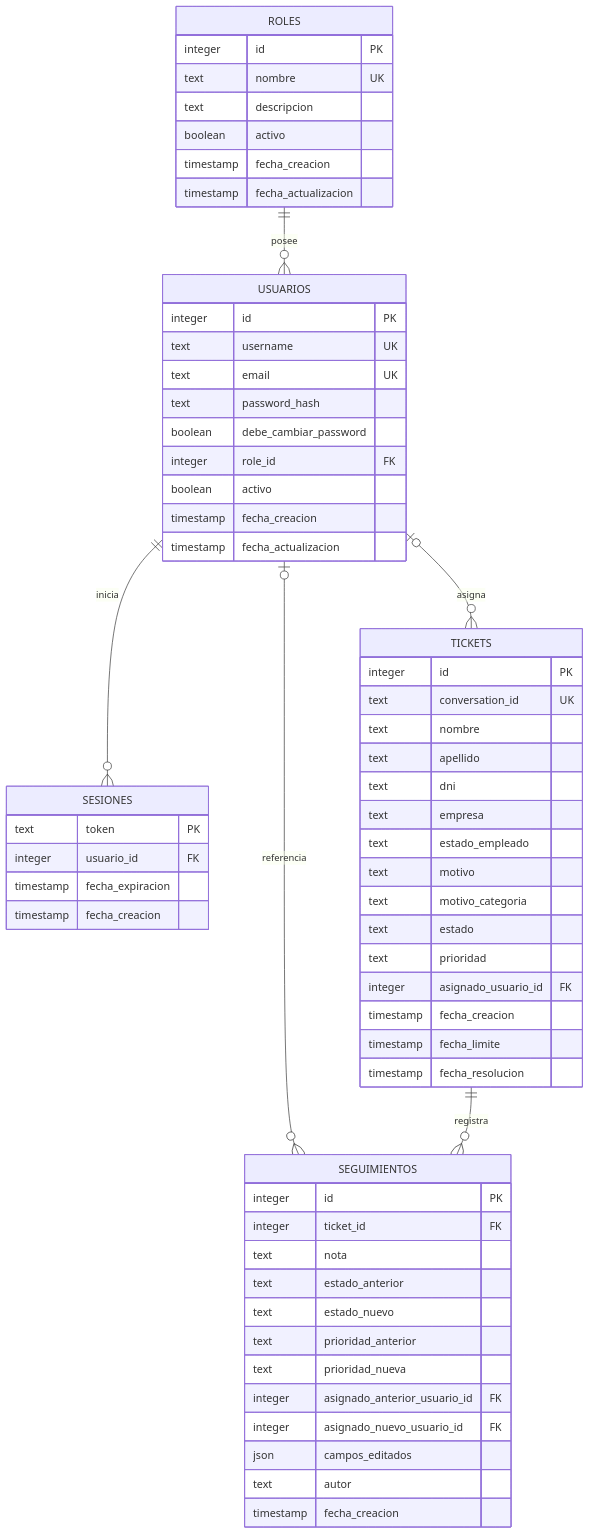
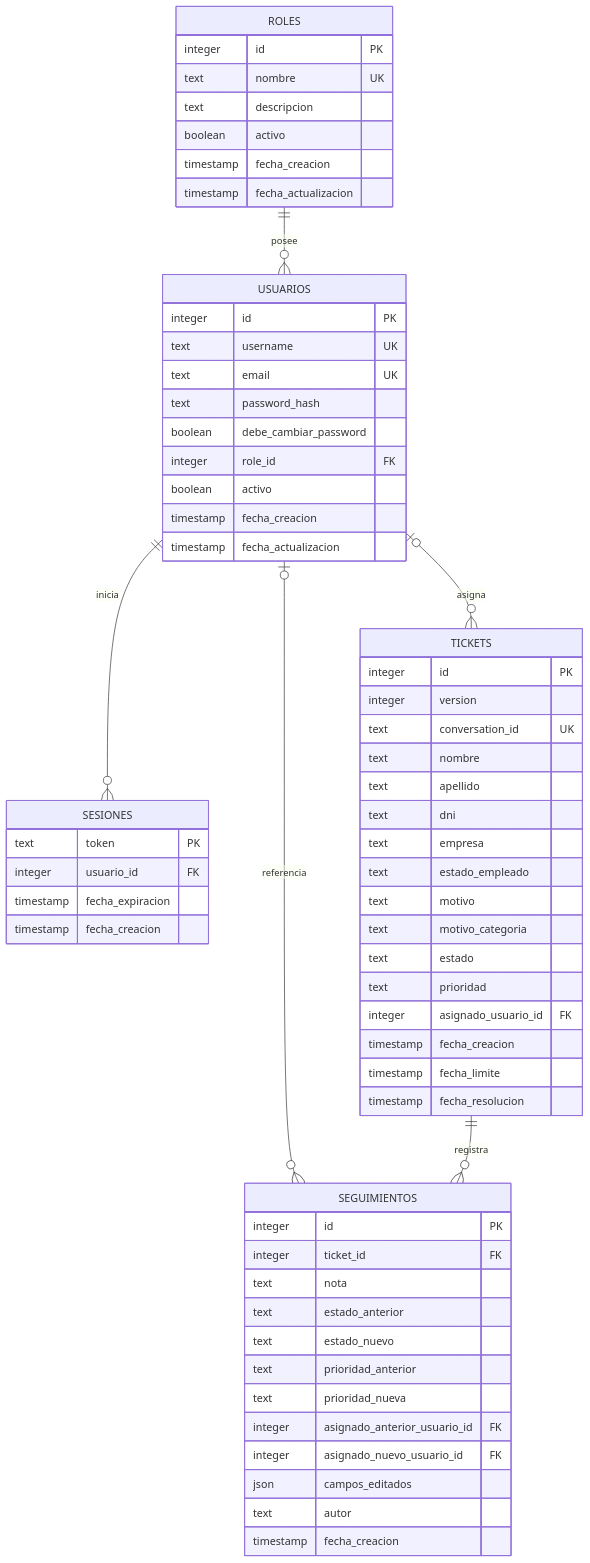
One commit to marianoLaclau/ticketsAdmin changed the sixth of 10 diagrams in docs/ARQUITECTURA.MD. Above: the diagram before and after it, drawn with Mermaid. The commit also changed other lines of this file and 18 other files, not shown here.

````diff
--- a/docs/ARQUITECTURA.MD
+++ b/docs/ARQUITECTURA.MD
@@ -204,65 +204,66 @@
 ```mermaid
 erDiagram
     ROLES ||--o{ USUARIOS : posee
     USUARIOS ||--o{ SESIONES : inicia
     USUARIOS o|--o{ TICKETS : asigna
     USUARIOS o|--o{ SEGUIMIENTOS : referencia
     TICKETS ||--o{ SEGUIMIENTOS : registra
 
     ROLES {
         integer id PK
         text nombre UK
         text descripcion
         boolean activo
         timestamp fecha_creacion
         timestamp fecha_actualizacion
     }
     USUARIOS {
         integer id PK
         text username UK
         text email UK
         text password_hash
         boolean debe_cambiar_password
         integer role_id FK
         boolean activo
         timestamp fecha_creacion
         timestamp fecha_actualizacion
     }
     SESIONES {
         text token PK
         integer usuario_id FK
         timestamp fecha_expiracion
         timestamp fecha_creacion
     }
     TICKETS {
         integer id PK
+        integer version
         text conversation_id UK
         text nombre
         text apellido
         text dni
         text empresa
         text estado_empleado
         text motivo
         text motivo_categoria
         text estado
         text prioridad
         integer asignado_usuario_id FK
         timestamp fecha_creacion
         timestamp fecha_limite
         timestamp fecha_resolucion
     }
     SEGUIMIENTOS {
         integer id PK
         integer ticket_id FK
         text nota
         text estado_anterior
         text estado_nuevo
         text prioridad_anterior
         text prioridad_nueva
         integer asignado_anterior_usuario_id FK
         integer asignado_nuevo_usuario_id FK
         json campos_editados
         text autor
         timestamp fecha_creacion
     }
 ```
````
